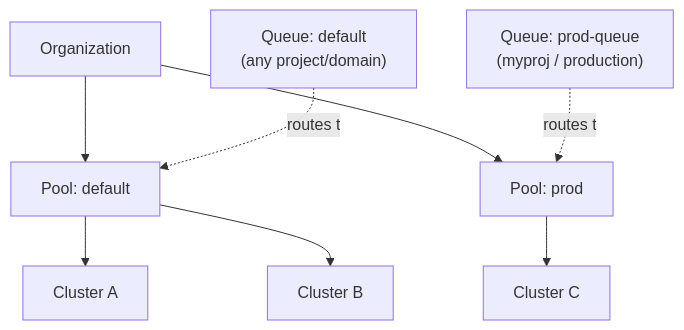
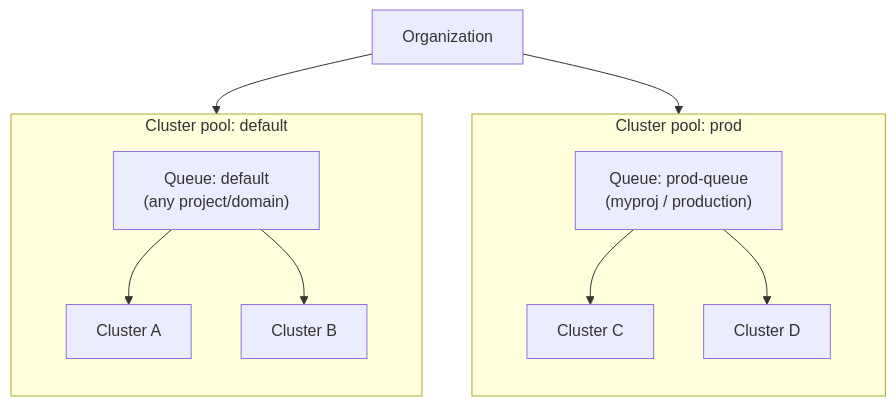
The diagram in content/user-guide/cluster-workload-management/_index.md (unionai/unionai-docs), drawn with Mermaid before and after one commit. The commit also changed other lines of this file and 1 other file, not shown here.

First line of the commit message:
Fix cluster pool routing model: pools are isolation boundaries

````diff
--- a/content/user-guide/cluster-workload-management/_index.md
+++ b/content/user-guide/cluster-workload-management/_index.md
@@ -31,11 +34,24 @@
 ```mermaid
 flowchart TD
     Org["Organization"]
-    Org --> PD["Pool: default"]
-    Org --> PP["Pool: prod"]
-    PD --> CA["Cluster A"]
-    PD --> CB["Cluster B"]
-    PP --> CC["Cluster C"]
-    QD["Queue: default<br/>(any project/domain)"] -.routes to.-> PD
-    QP["Queue: prod-queue<br/>(myproj / production)"] -.routes to.-> PP
+    Org --> PD
+    Org --> PP
+
+    subgraph PD["Cluster pool: default"]
+        direction TB
+        QD["Queue: default<br/>(any project/domain)"]
+        CA["Cluster A"]
+        CB["Cluster B"]
+        QD --> CA
+        QD --> CB
+    end
+
+    subgraph PP["Cluster pool: prod"]
+        direction TB
+        QP["Queue: prod-queue<br/>(myproj / production)"]
+        CC["Cluster C"]
+        CD["Cluster D"]
+        QP --> CC
+        QP --> CD
+    end
 ```
````
